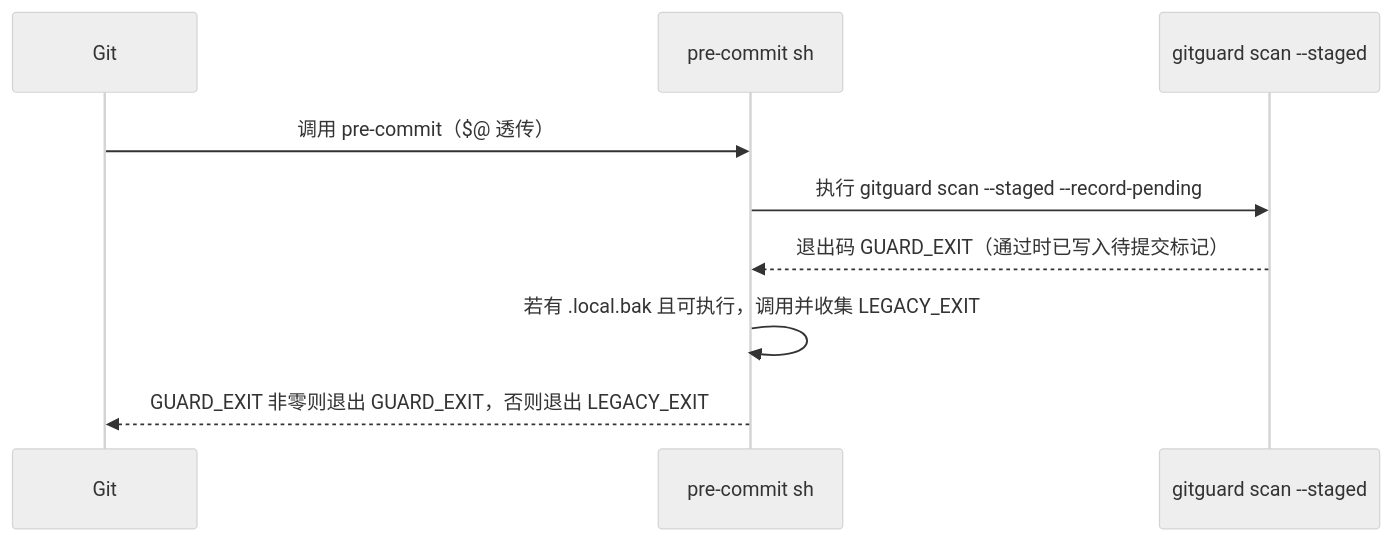
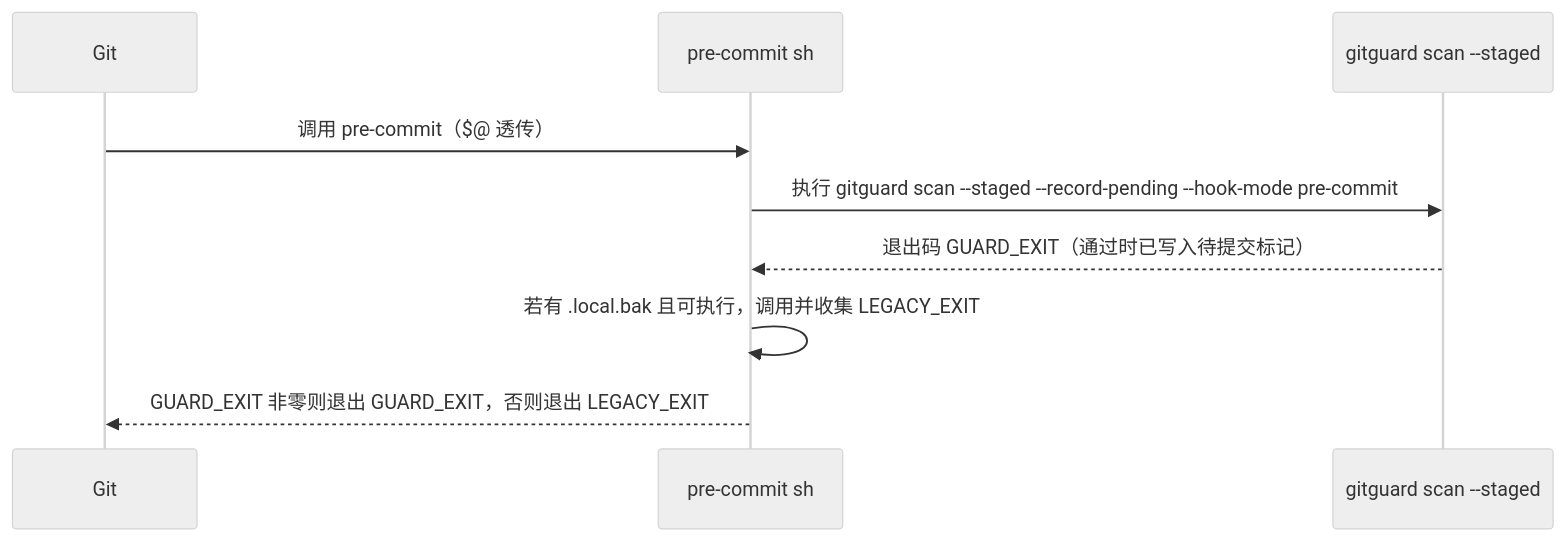
Before and after one commit to Camefor/GitGuard: the second of 4 diagrams in docs/模块设计/Hook.md, drawn with Mermaid (neutral theme). The commit also changed other lines of this file and 23 other files, not shown here.

````diff
--- a/docs/模块设计/Hook.md
+++ b/docs/模块设计/Hook.md
@@ -112,11 +112,11 @@
 ```mermaid
 sequenceDiagram
     participant Git
     participant Hook as pre-commit sh
     participant CLI as gitguard scan --staged
     Git->>Hook: 调用 pre-commit（$@ 透传）
-    Hook->>CLI: 执行 gitguard scan --staged --record-pending
+    Hook->>CLI: 执行 gitguard scan --staged --record-pending --hook-mode pre-commit
     CLI-->>Hook: 退出码 GUARD_EXIT（通过时已写入待提交标记）
     Hook->>Hook: 若有 .local.bak 且可执行，调用并收集 LEGACY_EXIT
     Hook-->>Git: GUARD_EXIT 非零则退出 GUARD_EXIT，否则退出 LEGACY_EXIT
 ```
````
